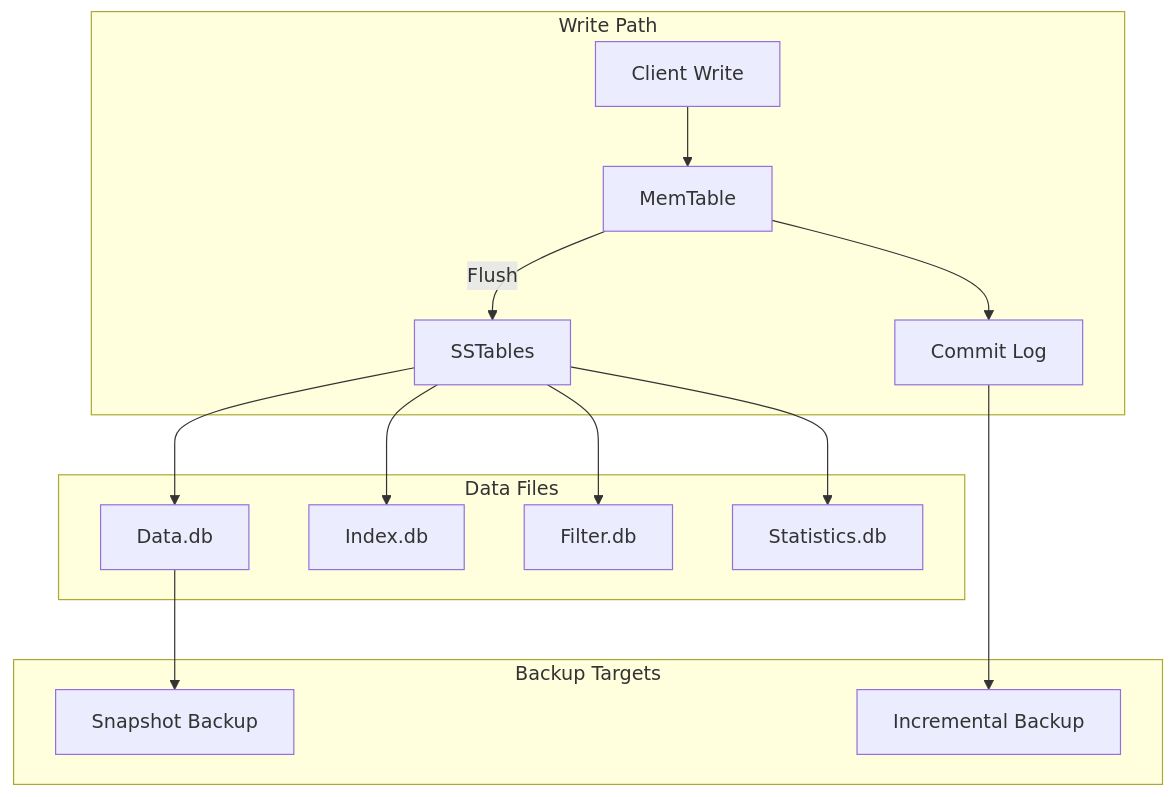
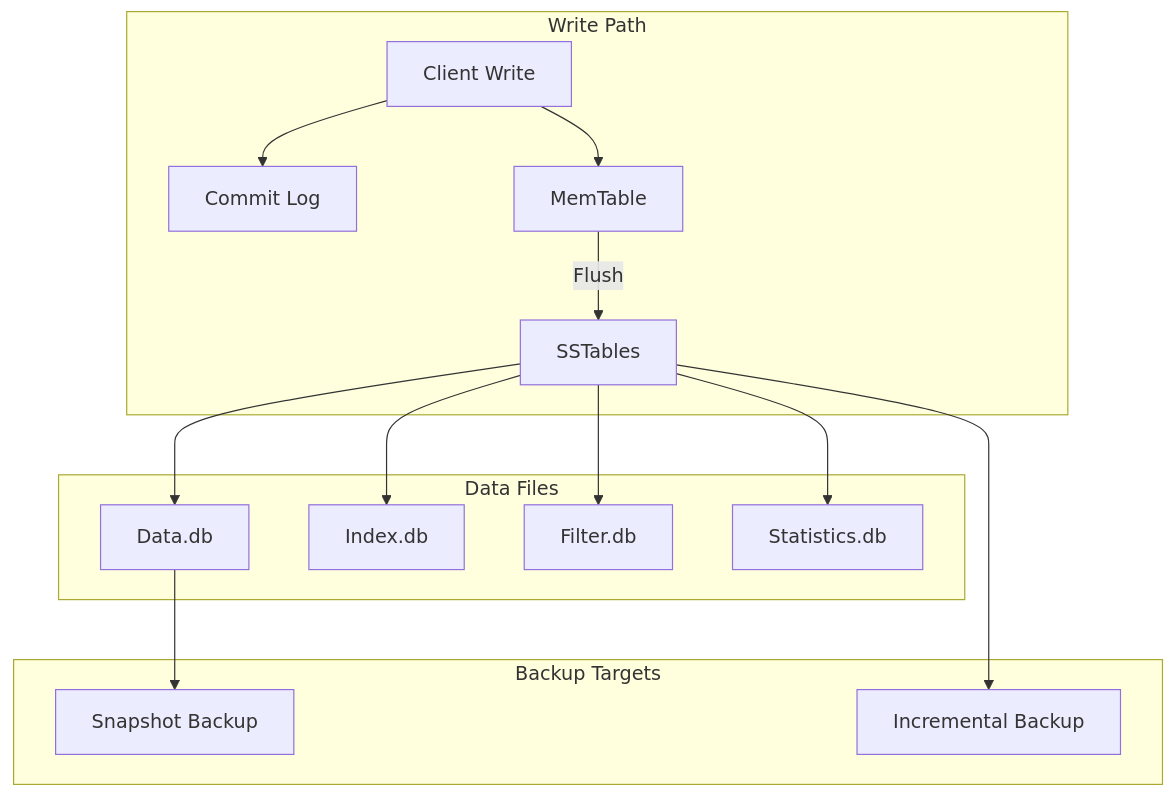
The first of 6 diagrams in posts/2026-01-27-cassandra-backup/README.md (OneUptime/blog), drawn with Mermaid before and after one commit. The commit also changed other lines of this file and 2 other files, not shown here.

Commit message:
validate: 2026-01-27-cassandra-backup

````diff
--- a/posts/2026-01-27-cassandra-backup/README.md
+++ b/posts/2026-01-27-cassandra-backup/README.md
@@ -17,20 +17,20 @@
 ```mermaid
 flowchart TB
     subgraph "Write Path"
-        Client[Client Write] --> ML[MemTable]
-        ML --> CL[Commit Log]
+        Client[Client Write] --> CL[Commit Log]
+        Client --> ML[MemTable]
         ML -->|Flush| SST[SSTables]
     end
 
     subgraph "Data Files"
         SST --> Data[Data.db]
         SST --> Index[Index.db]
         SST --> Filter[Filter.db]
         SST --> Stats[Statistics.db]
     end
 
     subgraph "Backup Targets"
         Data --> Snapshot[Snapshot Backup]
-        CL --> Incremental[Incremental Backup]
+        SST --> Incremental[Incremental Backup]
     end
 ```
````
